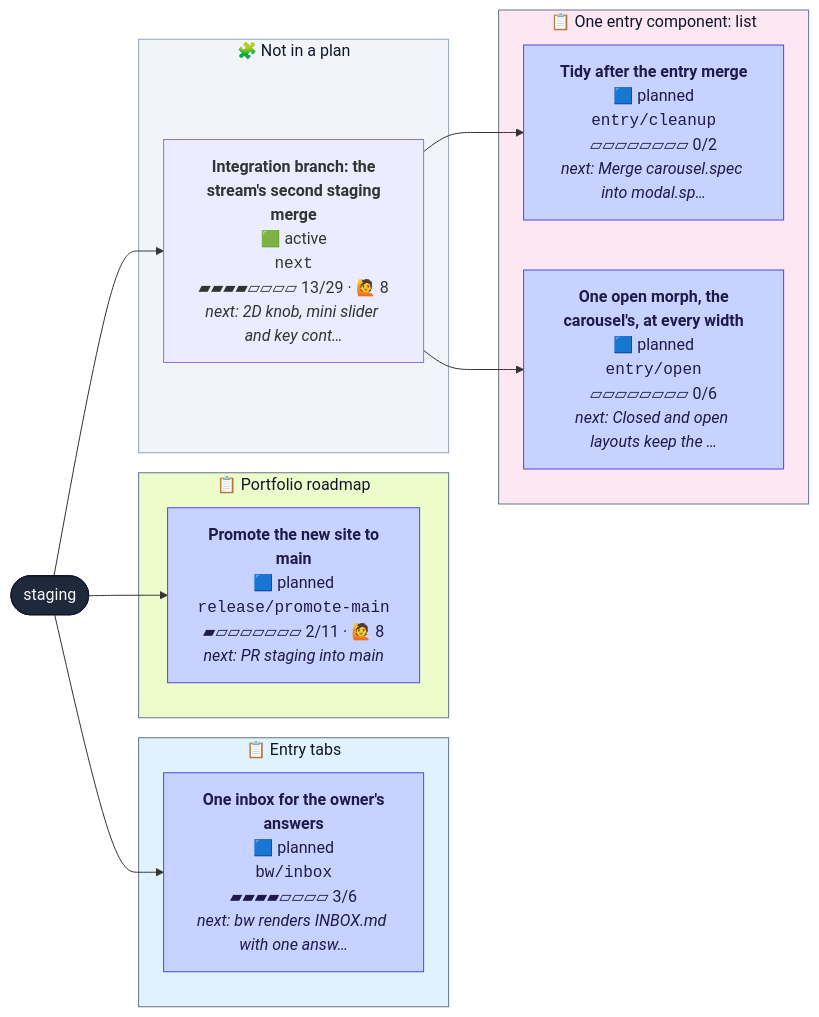
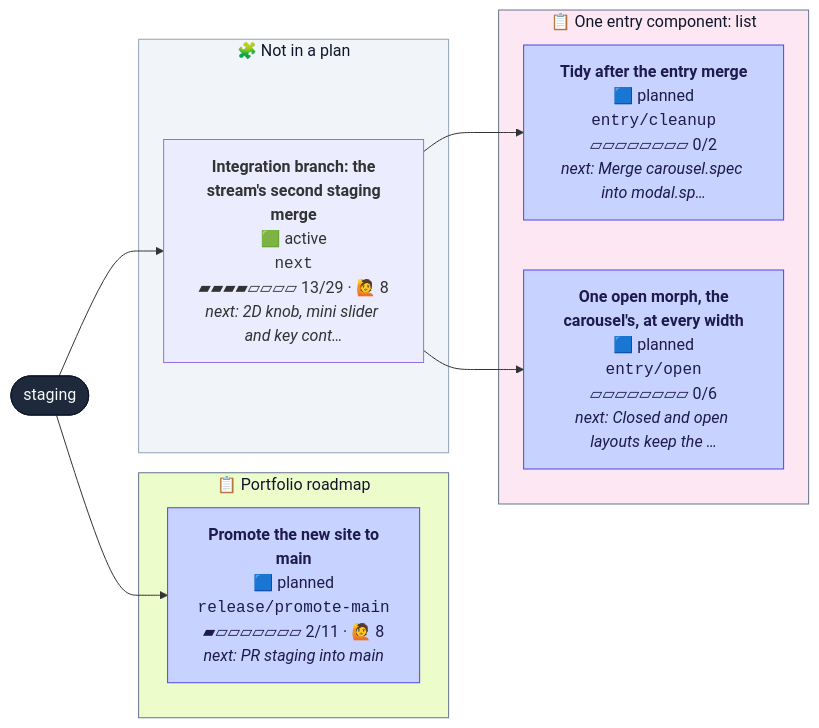
One commit to henryjonescodes/portfolio changed the diagram in CONTRIBUTING.md. Above: the diagram before and after it, drawn with Mermaid. The commit also changed other lines of this file and 1 other file, not shown here.

````diff
--- a/CONTRIBUTING.md
+++ b/CONTRIBUTING.md
@@ -16,38 +16,32 @@
 ```mermaid
 flowchart LR
   n_staging([staging])
   class n_staging trunk
-  subgraph plan_0["📋 Entry tabs"]
-    n_bw_inbox["<b>One inbox for the owner's<br/>answers</b><br/>🟦 planned<br/><code>bw/inbox</code><br/>▰▰▰▰▱▱▱▱ 3/6<br/><i>next: bw renders INBOX.md with one answ…</i>"]
-    class n_bw_inbox planned
-  end
-  style plan_0 fill:#e0f2fe,stroke:#64748b,color:#0f172a
   subgraph plan_1["📋 One entry component: list"]
     n_entry_cleanup["<b>Tidy after the entry merge</b><br/>🟦 planned<br/><code>entry/cleanup</code><br/>▱▱▱▱▱▱▱▱ 0/2<br/><i>next: Merge carousel.spec into modal.sp…</i>"]
     class n_entry_cleanup planned
     n_entry_open["<b>One open morph, the<br/>carousel's, at every width</b><br/>🟦 planned<br/><code>entry/open</code><br/>▱▱▱▱▱▱▱▱ 0/6<br/><i>next: Closed and open layouts keep the …</i>"]
     class n_entry_open planned
   end
   style plan_1 fill:#fce7f3,stroke:#64748b,color:#0f172a
   subgraph plan_2["📋 Portfolio roadmap"]
     n_release_promote_main["<b>Promote the new site to<br/>main</b><br/>🟦 planned<br/><code>release/promote-main</code><br/>▰▱▱▱▱▱▱▱ 2/11 · 🙋 8<br/><i>next: PR staging into main</i>"]
     class n_release_promote_main planned
   end
   style plan_2 fill:#ecfccb,stroke:#64748b,color:#0f172a
   subgraph loose["🧩 Not in a plan"]
     n_next["<b>Integration branch: the<br/>stream's second staging<br/>merge</b><br/>🟩 active<br/><code>next</code><br/>▰▰▰▰▱▱▱▱ 13/29 · 🙋 8<br/><i>next: 2D knob, mini slider and key cont…</i>"]
     class n_next active,current
   end
   style loose fill:#f1f5f9,stroke:#94a3b8,color:#0f172a
-  n_staging --> n_bw_inbox
   n_next --> n_entry_cleanup
   n_next --> n_entry_open
   n_staging --> n_next
   n_staging --> n_release_promote_main
   classDef planned fill:#c7d2fe,stroke:#4f46e5,color:#1e1b4b
   classDef active fill:#bbf7d0,stroke:#16a34a,stroke-width:3px,color:#052e16
   classDef review fill:#fde68a,stroke:#d97706,stroke-width:3px,color:#451a03
   classDef blocked fill:#fecaca,stroke:#dc2626,stroke-width:3px,color:#450a0a
   classDef trunk fill:#1e293b,stroke:#0f172a,color:#f8fafc
   classDef current stroke:#0ea5e9,stroke-width:5px
 ```
````
